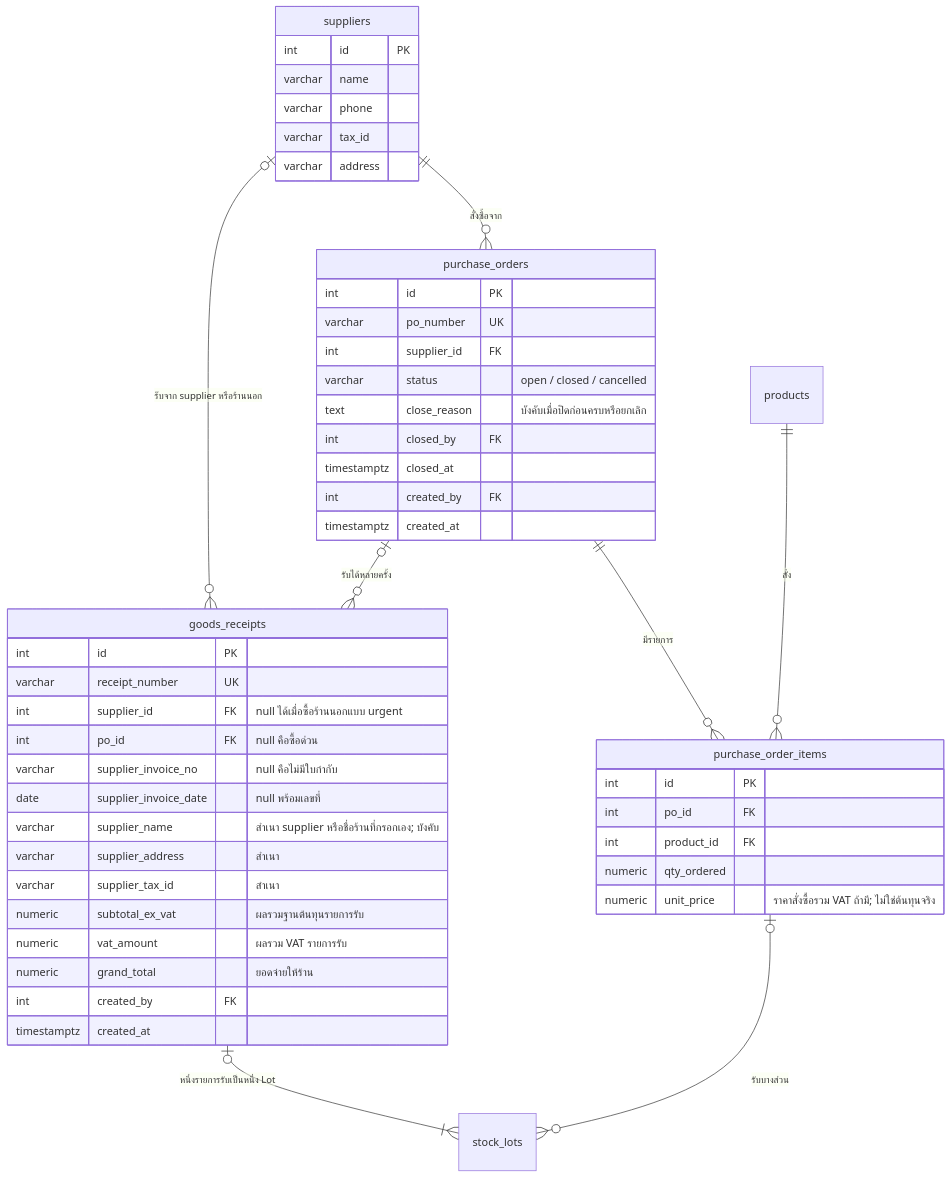
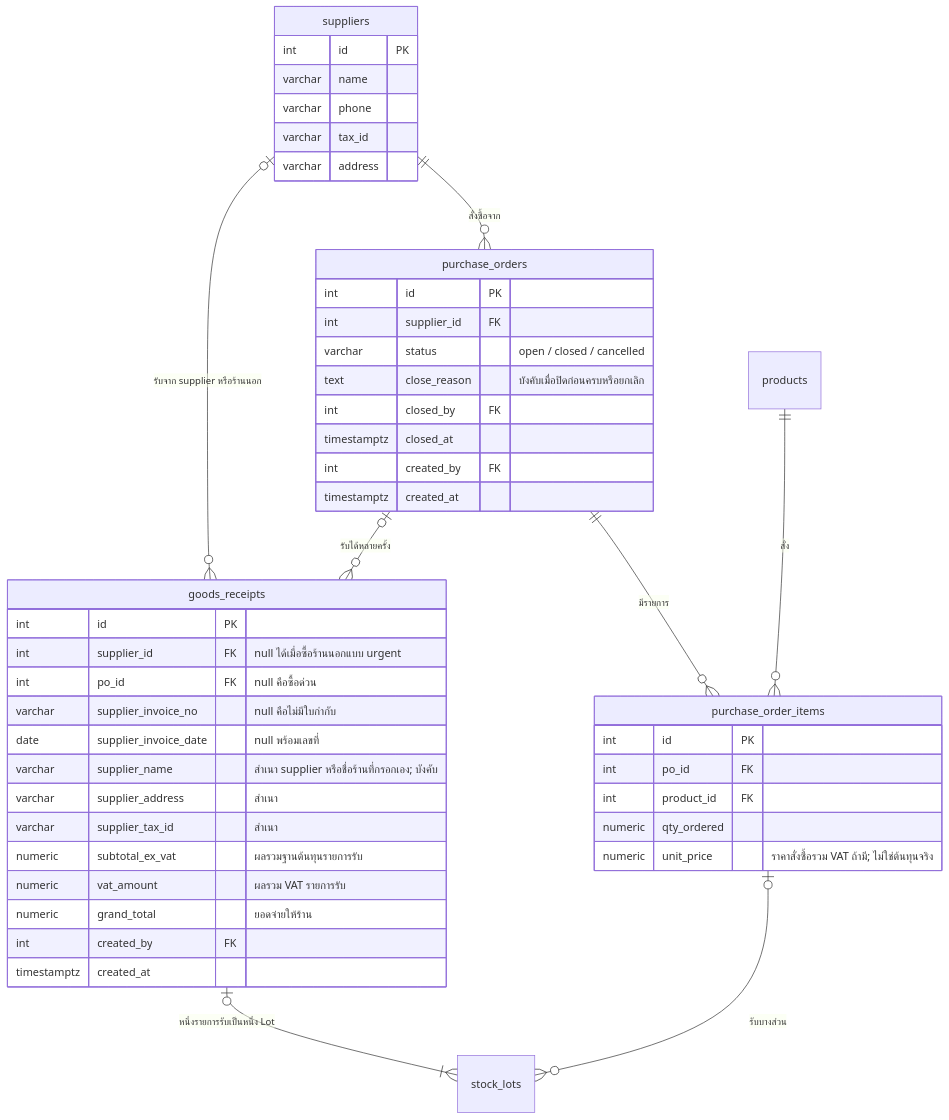
Before and after one commit to kaewjamsai0193/Garage_Final_Project: the fifth of 9 diagrams in data_model.md, drawn with Mermaid. The commit also changed other lines of this file and 4 other files, not shown here.

````diff
--- a/data_model.md
+++ b/data_model.md
@@ -168,55 +168,53 @@
 ```mermaid
 erDiagram
     suppliers ||--o{ purchase_orders : "สั่งซื้อจาก"
     suppliers |o--o{ goods_receipts : "รับจาก supplier หรือร้านนอก"
     purchase_orders ||--o{ purchase_order_items : "มีรายการ"
     purchase_orders |o--o{ goods_receipts : "รับได้หลายครั้ง"
     goods_receipts |o--|{ stock_lots : "หนึ่งรายการรับเป็นหนึ่ง Lot"
     purchase_order_items |o--o{ stock_lots : "รับบางส่วน"
     products ||--o{ purchase_order_items : "สั่ง"
 
     suppliers {
         int id PK
         varchar name
         varchar phone
         varchar tax_id
         varchar address
     }
 
     purchase_orders {
         int id PK
-        varchar po_number UK
         int supplier_id FK
         varchar status "open / closed / cancelled"
         text close_reason "บังคับเมื่อปิดก่อนครบหรือยกเลิก"
         int closed_by FK
         timestamptz closed_at
         int created_by FK
         timestamptz created_at
     }
 
     purchase_order_items {
         int id PK
         int po_id FK
         int product_id FK
         numeric qty_ordered
         numeric unit_price "ราคาสั่งซื้อรวม VAT ถ้ามี; ไม่ใช่ต้นทุนจริง"
     }
 
     goods_receipts {
         int id PK
-        varchar receipt_number UK
         int supplier_id FK "null ได้เมื่อซื้อร้านนอกแบบ urgent"
         int po_id FK "null คือซื้อด่วน"
         varchar supplier_invoice_no "null คือไม่มีใบกำกับ"
         date supplier_invoice_date "null พร้อมเลขที่"
         varchar supplier_name "สำเนา supplier หรือชื่อร้านที่กรอกเอง; บังคับ"
         varchar supplier_address "สำเนา"
         varchar supplier_tax_id "สำเนา"
         numeric subtotal_ex_vat "ผลรวมฐานต้นทุนรายการรับ"
         numeric vat_amount "ผลรวม VAT รายการรับ"
         numeric grand_total "ยอดจ่ายให้ร้าน"
         int created_by FK
         timestamptz created_at
     }
 ```
````
